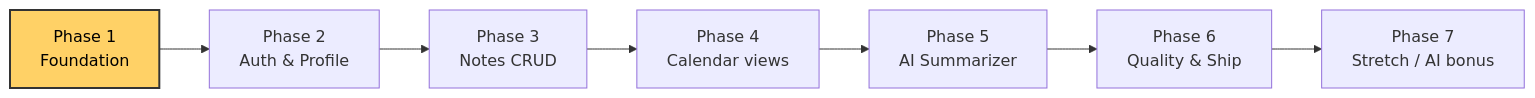
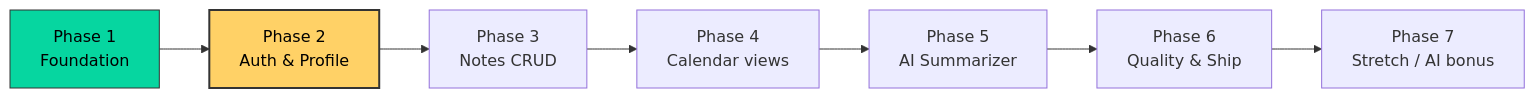
Before and after one commit to Kunalsingh29/dailydiary: the first of 2 diagrams in PROGRESS_TRACKER.md, drawn with Mermaid. The commit also changed other lines of this file and 10 other files, not shown here.

````diff
--- a/PROGRESS_TRACKER.md
+++ b/PROGRESS_TRACKER.md
@@ -19,11 +19,11 @@
 ```mermaid
 flowchart LR
-    P1[Phase 1<br/>Foundation]:::current --> P2[Phase 2<br/>Auth & Profile]
+    P1[Phase 1<br/>Foundation]:::done --> P2[Phase 2<br/>Auth & Profile]:::current
     P2 --> P3[Phase 3<br/>Notes CRUD]
     P3 --> P4[Phase 4<br/>Calendar views]
     P4 --> P5[Phase 5<br/>AI Summarizer]
     P5 --> P6[Phase 6<br/>Quality & Ship]
     P6 --> P7[Phase 7<br/>Stretch / AI bonus]
     classDef current fill:#ffd166,stroke:#333,stroke-width:2px,color:#000
     classDef done fill:#06d6a0,stroke:#333,color:#000
 ```
````
